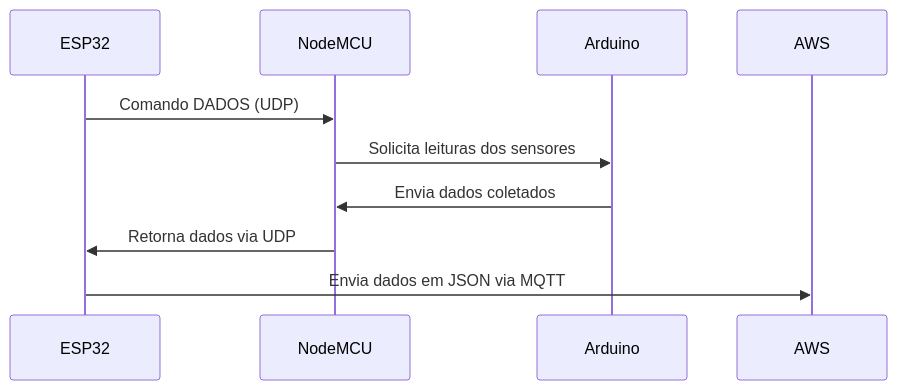
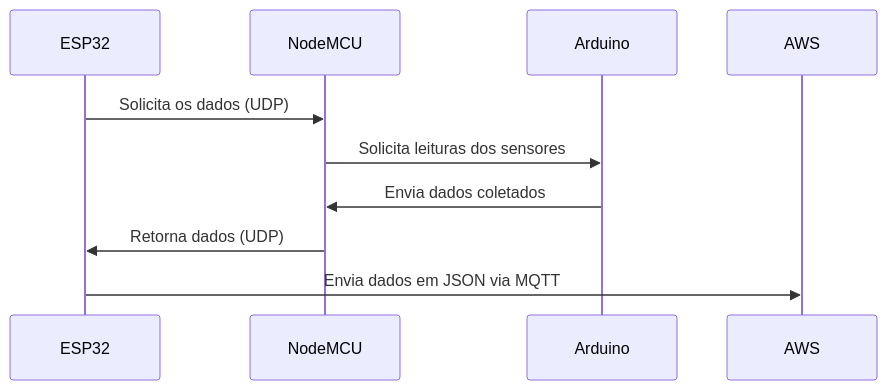
Before and after one commit to PhytoFlow/hardware: the first of 3 diagrams in README.md, drawn with Mermaid. The commit also changed other lines of this file, not shown here.

````diff
--- a/README.md
+++ b/README.md
@@ -22,8 +28,8 @@
 ```mermaid
 sequenceDiagram
-ESP32->>NodeMCU: Comando DADOS (UDP)
+ESP32->>NodeMCU: Solicita os dados (UDP)
 NodeMCU->>Arduino: Solicita leituras dos sensores
 Arduino->>NodeMCU: Envia dados coletados
-NodeMCU->>ESP32: Retorna dados via UDP
+NodeMCU->>ESP32: Retorna dados (UDP)
 ESP32->>AWS: Envia dados em JSON via MQTT
 ```
````
